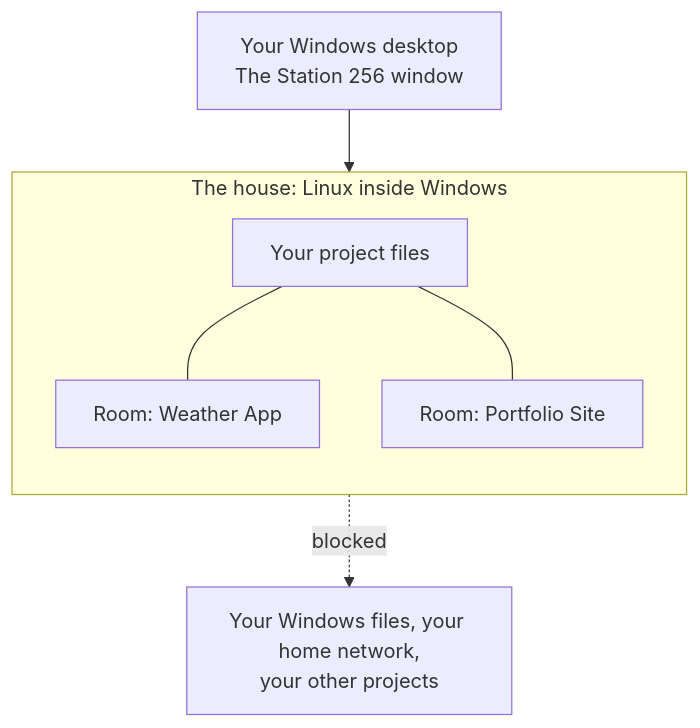
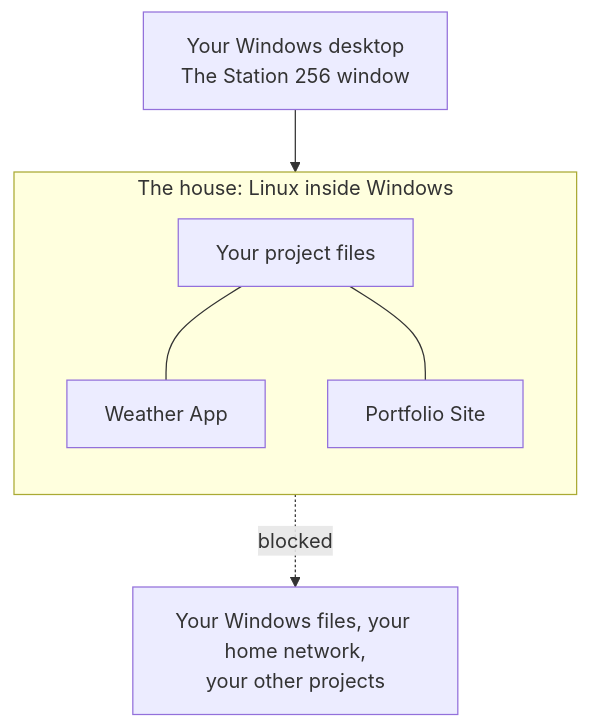
One commit to cleaneramade/Station256 changed the diagram in README.md. Above: the diagram before and after it, drawn with Mermaid. The commit also changed other lines of this file and 43 other files, not shown here.

````diff
--- a/README.md
+++ b/README.md
@@ -130,13 +130,13 @@
 ```mermaid
 flowchart TB
     W["Your Windows desktop<br/>The Station 256 window"] --> H
     subgraph H["The house: Linux inside Windows"]
         direction TB
         P["Your project files"]
-        R1["Room: Weather App"]
-        R2["Room: Portfolio Site"]
+        R1["Weather App"]
+        R2["Portfolio Site"]
         P --- R1
         P --- R2
     end
     R1 -. "blocked" .-> X["Your Windows files, your home network,<br/>your other projects"]
 ```
````
